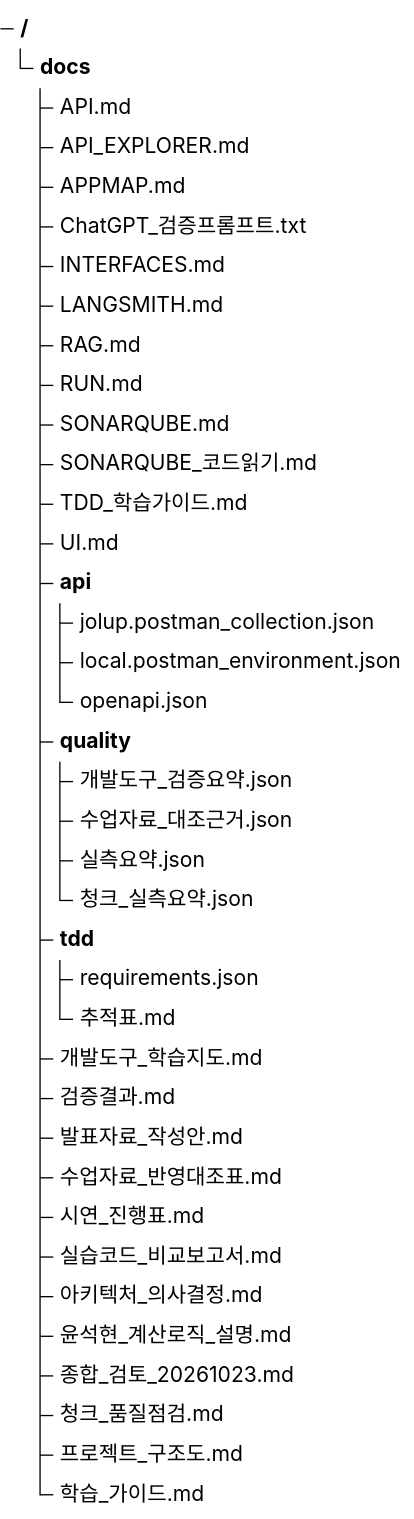
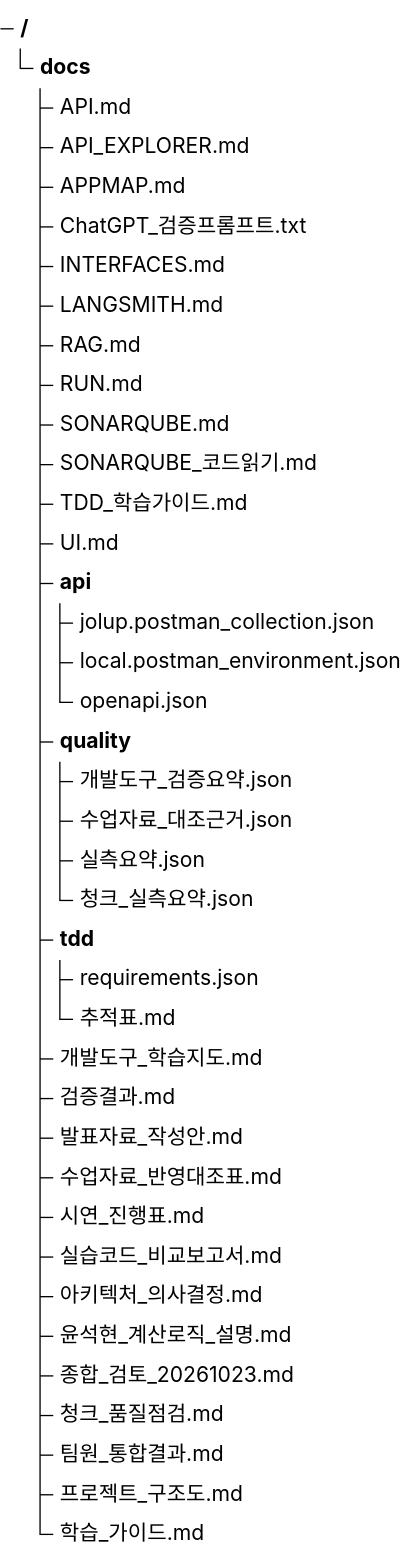
Before and after one commit to on21life-google/jolup-graduation-agent: the ninth of 9 diagrams in docs/프로젝트_구조도.md, drawn with Mermaid. The commit also changed other lines of this file and 50 other files, not shown here.

````diff
--- a/docs/프로젝트_구조도.md
+++ b/docs/프로젝트_구조도.md
@@ -318,40 +353,41 @@
 ```mermaid
 treeView-beta
     "docs/"
         "API.md"
         "API_EXPLORER.md"
         "APPMAP.md"
         "ChatGPT_검증프롬프트.txt"
         "INTERFACES.md"
         "LANGSMITH.md"
         "RAG.md"
         "RUN.md"
         "SONARQUBE.md"
         "SONARQUBE_코드읽기.md"
         "TDD_학습가이드.md"
         "UI.md"
         "api/"
             "jolup.postman_collection.json"
             "local.postman_environment.json"
             "openapi.json"
         "quality/"
             "개발도구_검증요약.json"
             "수업자료_대조근거.json"
             "실측요약.json"
             "청크_실측요약.json"
         "tdd/"
             "requirements.json"
             "추적표.md"
         "개발도구_학습지도.md"
         "검증결과.md"
         "발표자료_작성안.md"
         "수업자료_반영대조표.md"
         "시연_진행표.md"
         "실습코드_비교보고서.md"
         "아키텍처_의사결정.md"
         "윤석현_계산로직_설명.md"
         "종합_검토_20261023.md"
         "청크_품질점검.md"
+        "팀원_통합결과.md"
         "프로젝트_구조도.md"
         "학습_가이드.md"
 ```
````
